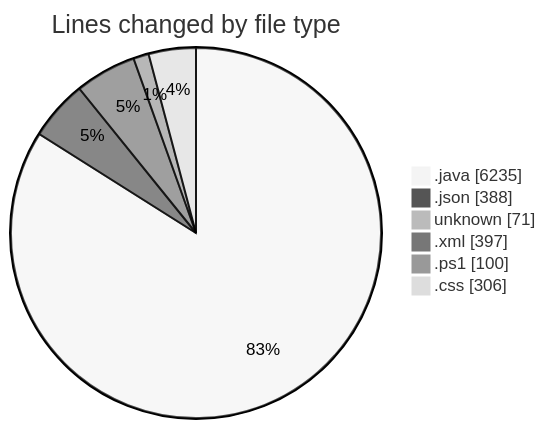
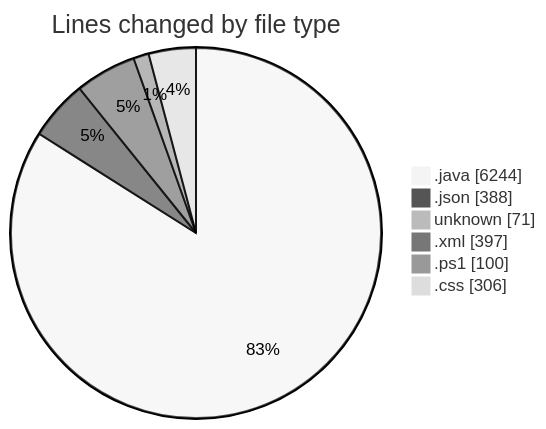
One commit to charlie-sans/code-tracking changed the first of 2 diagrams in 2025-02-25/micros/README.md. Above: the diagram before and after it, drawn with Mermaid (neutral theme). The commit also changed other lines of this file and 1 other file, not shown here.

````diff
--- a/2025-02-25/micros/README.md
+++ b/2025-02-25/micros/README.md
@@ -53,10 +53,10 @@
 ```mermaid
 pie showData
 title Lines changed by file type
-".java" : 6235
+".java" : 6244
 ".json" : 388
 "unknown" : 71
 ".xml" : 397
 ".ps1" : 100
 ".css" : 306
 ```
````
